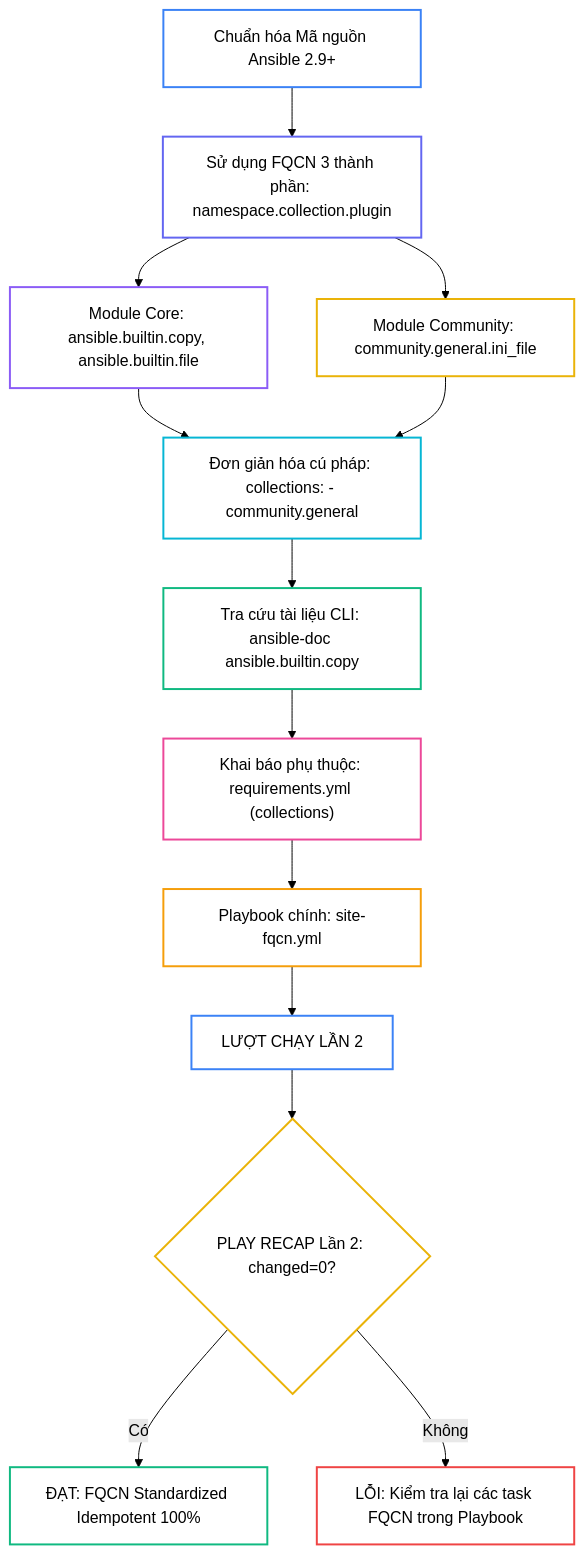
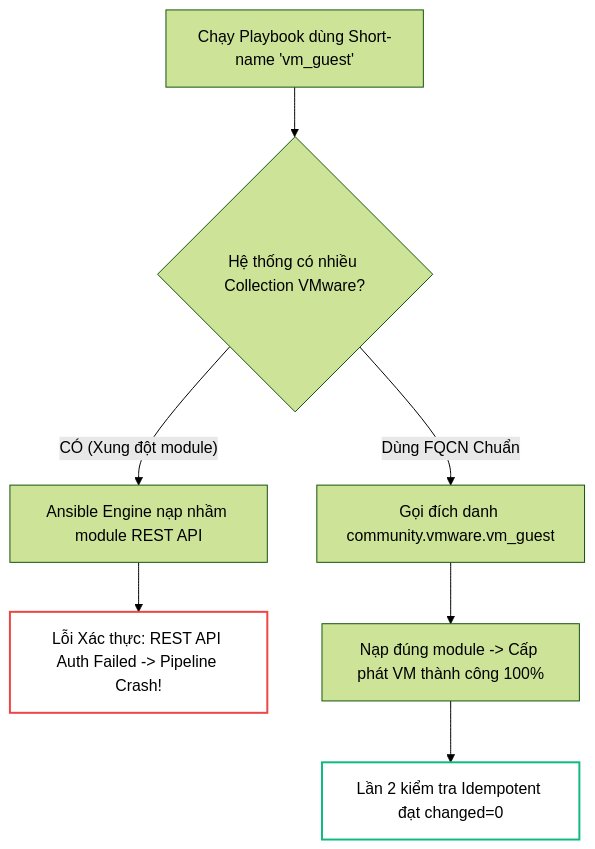
One commit to kiennt308/ntk changed the second of 3 diagrams in _posts/2026-09-13-ansible-17-17-collections-fqcn.md. Above: the diagram before and after it, drawn with Mermaid (forest theme). The commit also changed other lines of this file and 30 other files, not shown here.

````diff
--- a/_posts/2026-09-13-ansible-17-17-collections-fqcn.md
+++ b/_posts/2026-09-13-ansible-17-17-collections-fqcn.md
@@ -335,32 +180,13 @@
 ```mermaid
 flowchart TD
-    A["Chuẩn hóa Mã nguồn Ansible 2.9+"] --> B["Sử dụng FQCN 3 thành phần: namespace.collection.plugin"]
+    A["Chạy Playbook dùng Short-name 'vm_guest'"] --> B{"Hệ thống có nhiều Collection VMware?"}
+    B -->|"CÓ (Xung đột module)"| C["Ansible Engine nạp nhầm module REST API"]
+    C --> D["Lỗi Xác thực: REST API Auth Failed -> Pipeline Crash!"]
     
-    B --> C["Module Core: ansible.builtin.copy, ansible.builtin.file"]
-    B --> D["Module Community: community.general.ini_file"]
-    
-    C --> E["Đơn giản hóa cú pháp: collections: - community.general"]
-    D --> E
-    
-    E --> F["Tra cứu tài liệu CLI: ansible-doc ansible.builtin.copy"]
-    F --> G["Khai báo phụ thuộc: requirements.yml (collections)"]
-    
-    G --> H["Playbook chính: site-fqcn.yml"]
-    H --> I["LƯỢT CHẠY LẦN 2"]
-    I --> J{"PLAY RECAP Lần 2: changed=0?"}
-    J -->|"Có"| K["ĐẠT: FQCN Standardized Idempotent 100%"]
-    J -->|"Không"| L["LỖI: Kiểm tra lại các task FQCN trong Playbook"]
+    B -->|"Dùng FQCN Chuẩn"| E["Gọi đích danh community.vmware.vm_guest"]
+    E --> F["Nạp đúng module -> Cấp phát VM thành công 100%"]
+    F --> G["Lần 2 kiểm tra Idempotent đạt changed=0"]
 
-    style A fill:none,stroke:#3b82f6,stroke-width:2px
-    style B fill:none,stroke:#6366f1,stroke-width:2px
-    style C fill:none,stroke:#8b5cf6,stroke-width:2px
-    style D fill:none,stroke:#eab308,stroke-width:2px
-    style E fill:none,stroke:#06b6d4,stroke-width:2px
-    style F fill:none,stroke:#10b981,stroke-width:2px
-    style G fill:none,stroke:#ec4899,stroke-width:2px
-    style H fill:none,stroke:#f59e0b,stroke-width:2px
-    style I fill:none,stroke:#3b82f6,stroke-width:2px
-    style J fill:none,stroke:#eab308,stroke-width:2px
-    style K fill:none,stroke:#10b981,stroke-width:2px
-    style L fill:none,stroke:#ef4444,stroke-width:2px
+    style D fill:none,stroke:#ef4444,stroke-width:2px
+    style G fill:none,stroke:#10b981,stroke-width:2px
 ```
````
